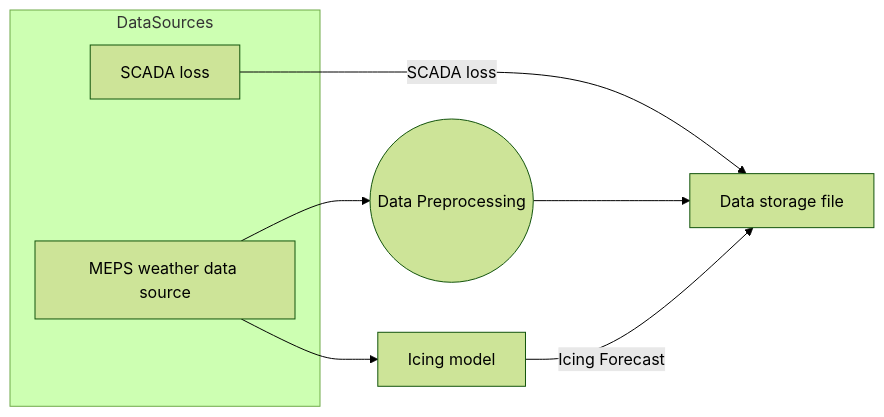
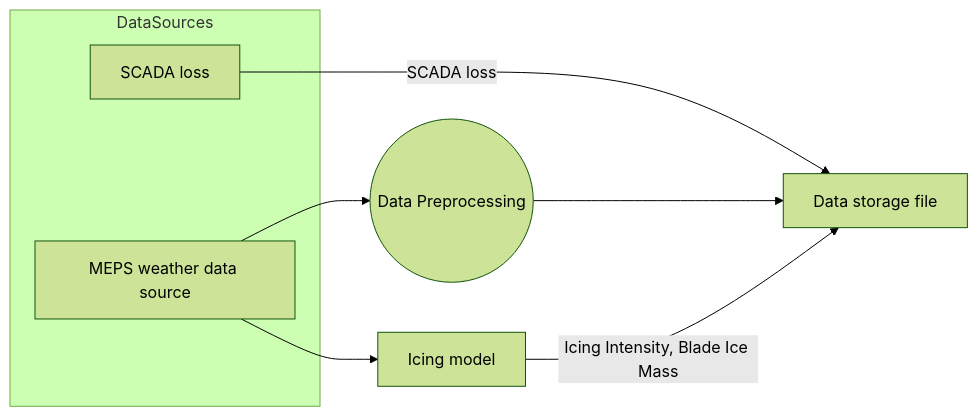
One commit to markusrupp/icing_flowshart changed the diagram in README.md. Above: the diagram before and after it, drawn with Mermaid (forest theme).

````diff
--- a/README.md
+++ b/README.md
@@ -17,13 +17,13 @@
 ```mermaid
 flowchart LR
     subgraph DataSources
         SCADA[SCADA loss]
         MEPS[MEPS weather data source]
     end
 
     SCADA -->|SCADA loss| DSF[Data storage file]
     MEPS --> DP((Data Preprocessing))
     DP --> DSF
     MEPS --> IM[Icing model]
-    IM -->|Icing Forecast| DSF
+    IM -->|Icing Intensity, Blade Ice Mass| DSF
 ```
````
